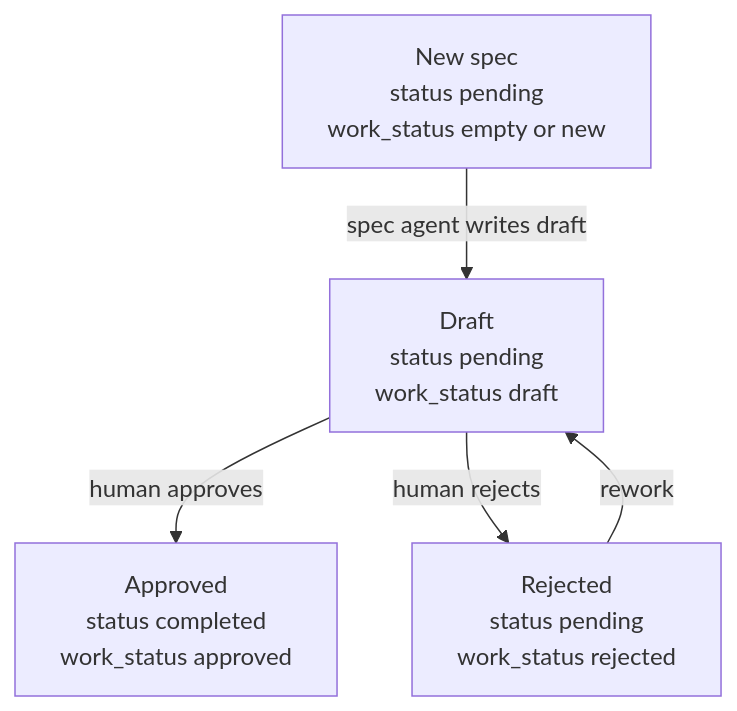
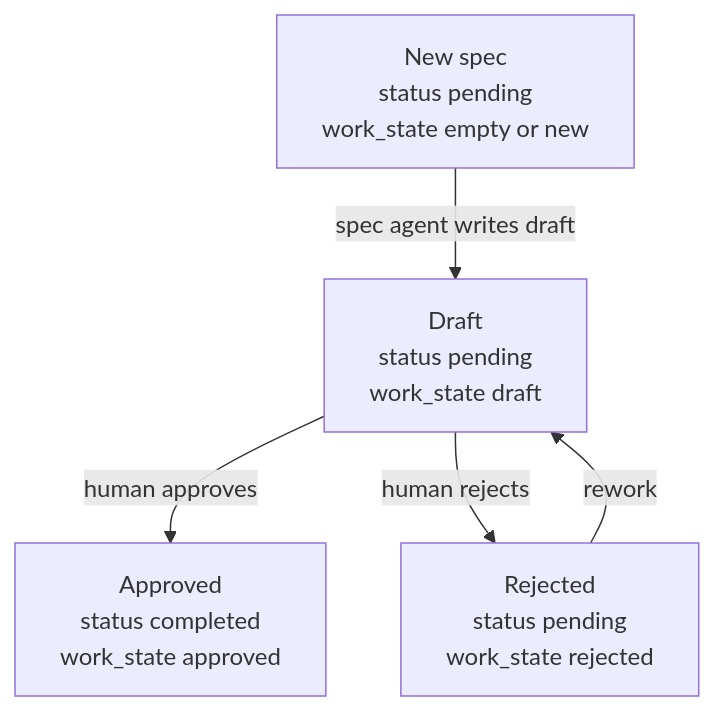
The second of 3 diagrams in README.md (matlockx/workflow), drawn with Mermaid before and after one commit. The commit also changed other lines of this file and 10 other files, not shown here.

````diff
--- a/README.md
+++ b/README.md
@@ -218,7 +234,7 @@
 ```mermaid
 flowchart TD
-  A[New spec<br/>status pending<br/>work_status empty or new] -->|spec agent writes draft| B[Draft<br/>status pending<br/>work_status draft]
-  B -->|human approves| C[Approved<br/>status completed<br/>work_status approved]
-  B -->|human rejects| D[Rejected<br/>status pending<br/>work_status rejected]
+  A[New spec<br/>status pending<br/>work_state empty or new] -->|spec agent writes draft| B[Draft<br/>status pending<br/>work_state draft]
+  B -->|human approves| C[Approved<br/>status completed<br/>work_state approved]
+  B -->|human rejects| D[Rejected<br/>status pending<br/>work_state rejected]
   D -->|rework| B
 ```
````
